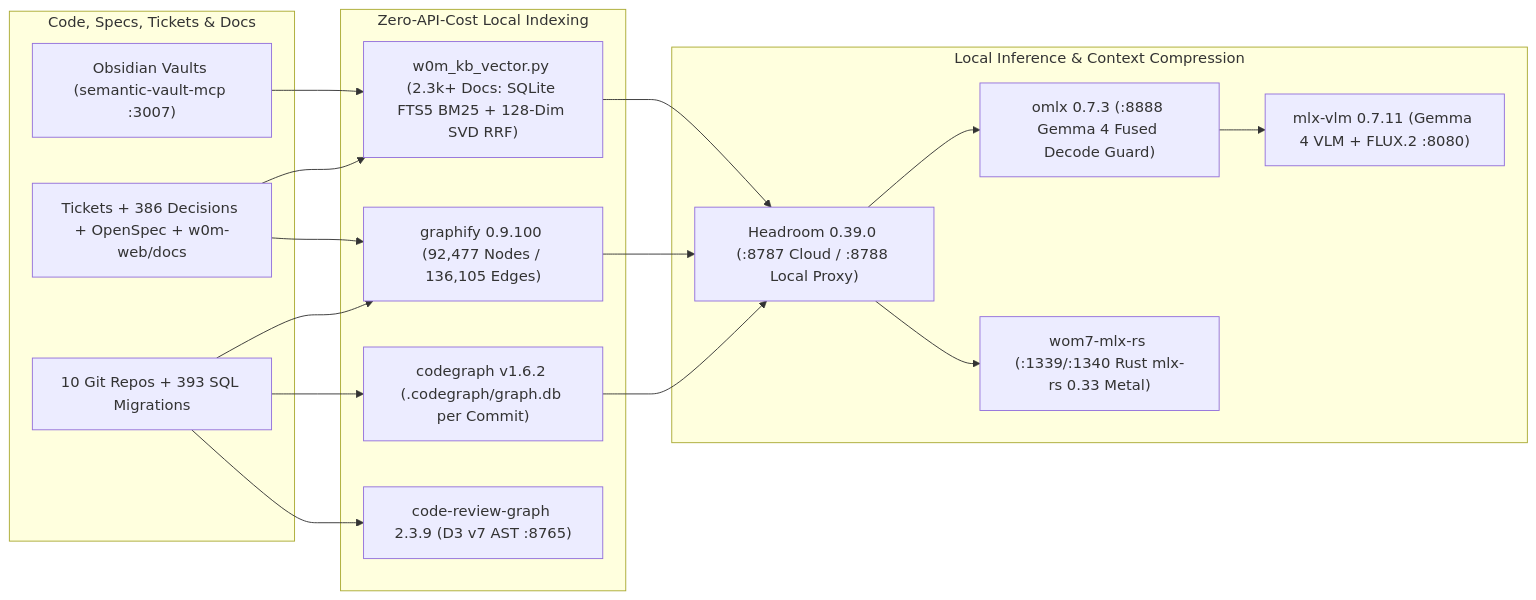
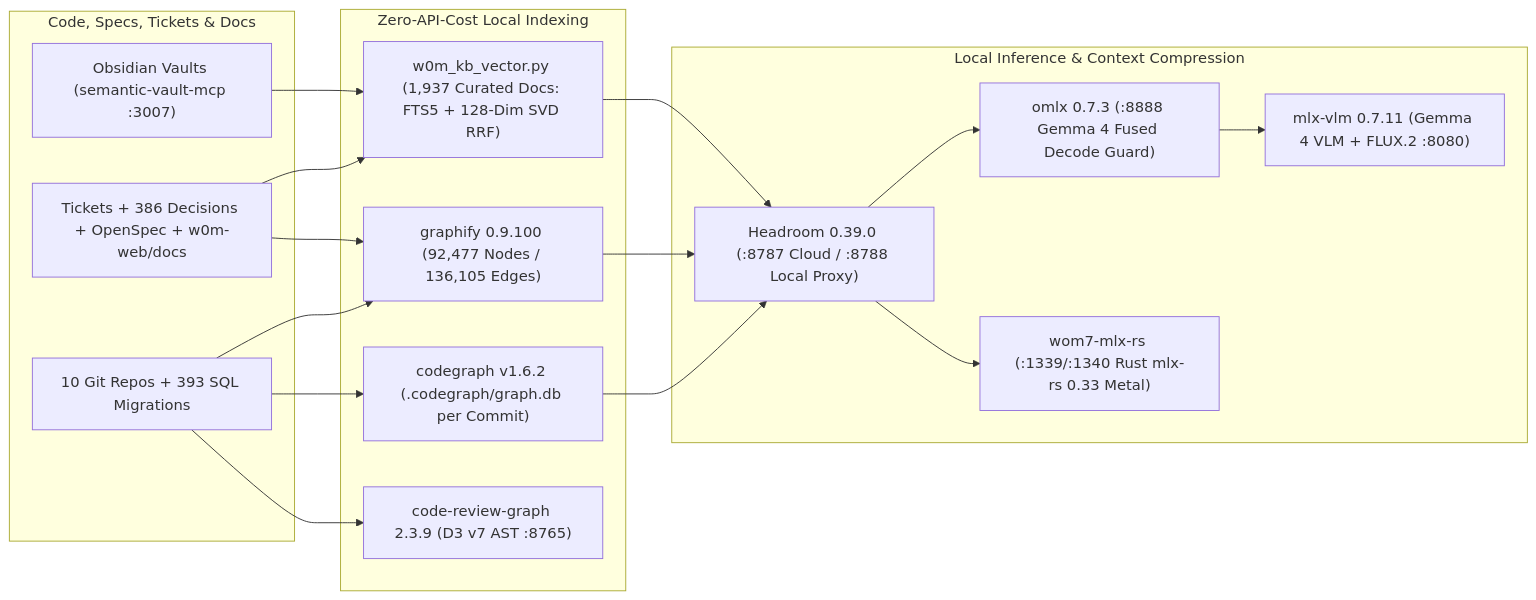
One commit to webomage/a2ui-vinext changed the second of 2 diagrams in .agents/reports/t734-w0m-technology-landscape-overview.md. Above: the diagram before and after it, drawn with Mermaid. The commit also changed other lines of this file and 15 other files, not shown here.

````diff
--- a/.agents/reports/t734-w0m-technology-landscape-overview.md
+++ b/.agents/reports/t734-w0m-technology-landscape-overview.md
@@ -205,35 +205,35 @@
 ```mermaid
 flowchart LR
     subgraph Sources["Code, Specs, Tickets & Docs"]
         Repos["10 Git Repos + 393 SQL Migrations"]
         Docs["Tickets + 386 Decisions + OpenSpec + w0m-web/docs"]
         Vaults["Obsidian Vaults (semantic-vault-mcp :3007)"]
     end
 
     subgraph Indexing["Zero-API-Cost Local Indexing"]
         CG["codegraph v1.6.2 (.codegraph/graph.db per Commit)"]
         GF["graphify 0.9.100 (92,477 Nodes / 136,105 Edges)"]
-        KB["w0m_kb_vector.py (2.3k+ Docs: SQLite FTS5 BM25 + 128-Dim SVD RRF)"]
+        KB["w0m_kb_vector.py (1,937 Curated Docs: FTS5 + 128-Dim SVD RRF)"]
         CRG["code-review-graph 2.3.9 (D3 v7 AST :8765)"]
     end
 
     subgraph Serving["Local Inference & Context Compression"]
         HR["Headroom 0.39.0 (:8787 Cloud / :8788 Local Proxy)"]
         OMLX["omlx 0.7.3 (:8888 Gemma 4 Fused Decode Guard)"]
         MLXRS["wom7-mlx-rs (:1339/:1340 Rust mlx-rs 0.33 Metal)"]
         VLM["mlx-vlm 0.7.11 (Gemma 4 VLM + FLUX.2 :8080)"]
     end
 
     Repos --> CG
     Repos --> GF
     Repos --> CRG
     Docs --> KB
     Docs --> GF
     Vaults --> KB
     CG --> HR
     GF --> HR
     KB --> HR
     HR --> OMLX
     HR --> MLXRS
     OMLX --> VLM
 ```
````
